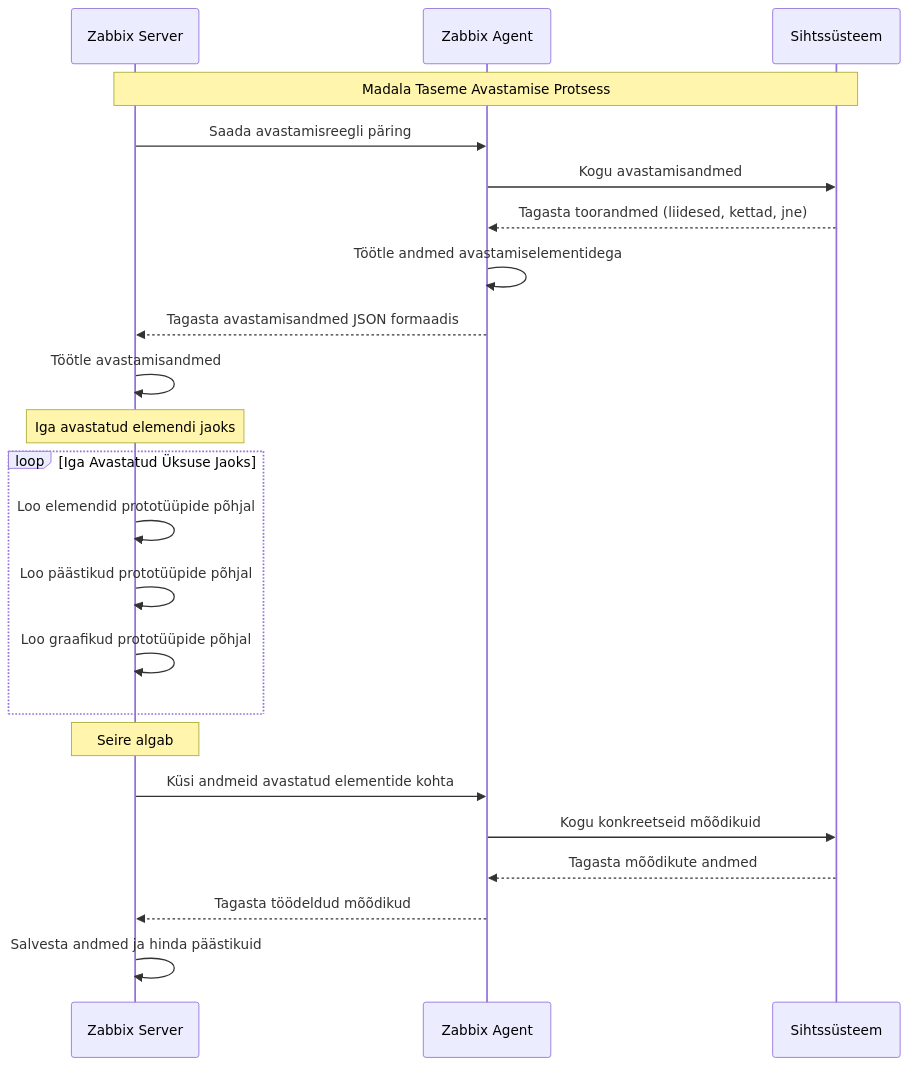
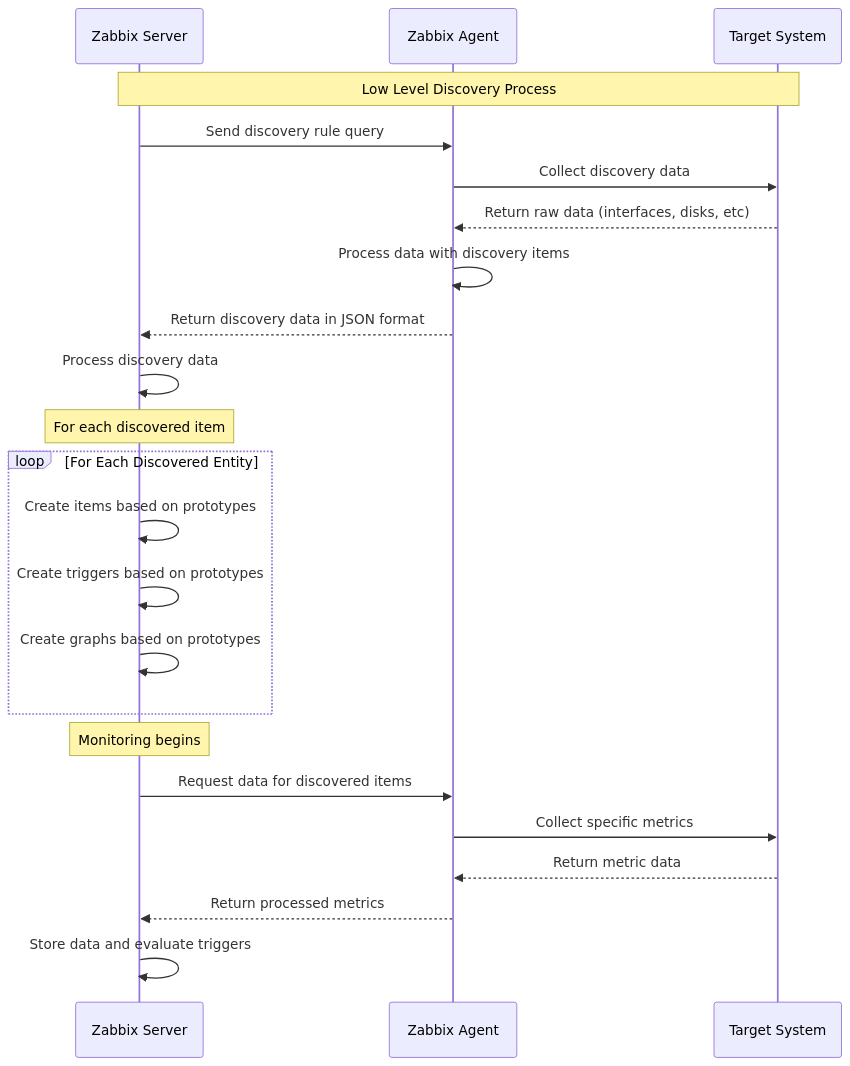
One commit to mariatesttalvik/monitoring changed the second of 6 diagrams in docs/materials/lectures/Zabbix/zabbix.md. Above: the diagram before and after it, drawn with Mermaid. The commit also changed other lines of this file and 63 other files, not shown here.

Commit message:
mermaid fix

````diff
--- a/docs/materials/lectures/Zabbix/zabbix.md
+++ b/docs/materials/lectures/Zabbix/zabbix.md
@@ -977,33 +979,33 @@
-```mermaid
+<div class="mermaid">
 sequenceDiagram
     participant Z as Zabbix Server
     participant A as Zabbix Agent
-    participant T as Sihtssüsteem
+    participant T as Target System
     
-    Note over Z,T: Madala Taseme Avastamise Protsess
+    Note over Z,T: Low Level Discovery Process
     
-    Z->>A: Saada avastamisreegli päring
-    A->>T: Kogu avastamisandmed
-    T-->>A: Tagasta toorandmed (liidesed, kettad, jne)
-    A->>A: Töötle andmed avastamiselementidega
-    A-->>Z: Tagasta avastamisandmed JSON formaadis
+    Z->>A: Send discovery rule query
+    A->>T: Collect discovery data
+    T-->>A: Return raw data (interfaces, disks, etc)
+    A->>A: Process data with discovery items
+    A-->>Z: Return discovery data in JSON format
     
-    Z->>Z: Töötle avastamisandmed
+    Z->>Z: Process discovery data
     
-    Note over Z: Iga avastatud elemendi jaoks
+    Note over Z: For each discovered item
     
-    loop Iga Avastatud Üksuse Jaoks
-        Z->>Z: Loo elemendid prototüüpide põhjal
-        Z->>Z: Loo päästikud prototüüpide põhjal
-        Z->>Z: Loo graafikud prototüüpide põhjal
+    loop For Each Discovered Entity
+        Z->>Z: Create items based on prototypes
+        Z->>Z: Create triggers based on prototypes
+        Z->>Z: Create graphs based on prototypes
     end
     
-    Note over Z: Seire algab
+    Note over Z: Monitoring begins
     
-    Z->>A: Küsi andmeid avastatud elementide kohta
-    A->>T: Kogu konkreetseid mõõdikuid
-    T-->>A: Tagasta mõõdikute andmed
-    A-->>Z: Tagasta töödeldud mõõdikud
+    Z->>A: Request data for discovered items
+    A->>T: Collect specific metrics
+    T-->>A: Return metric data
+    A-->>Z: Return processed metrics
     
-    Z->>Z: Salvesta andmed ja hinda päästikuid
-```
+    Z->>Z: Store data and evaluate triggers
+</div>
````
